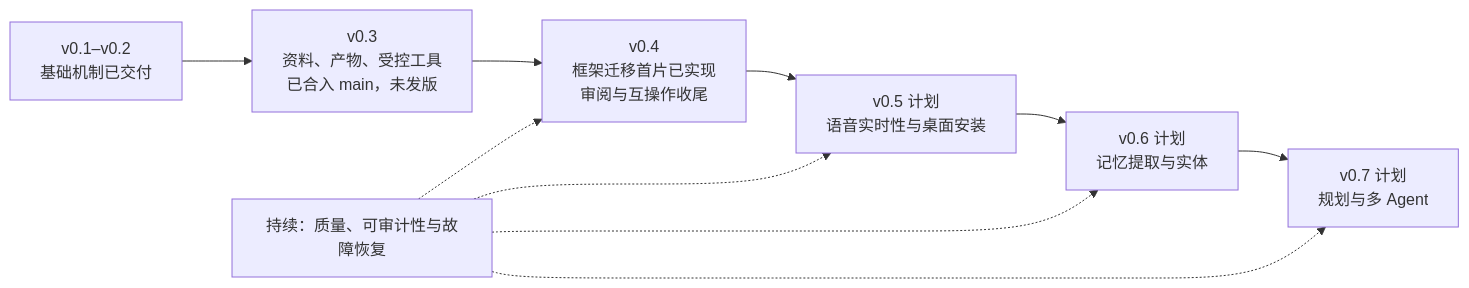
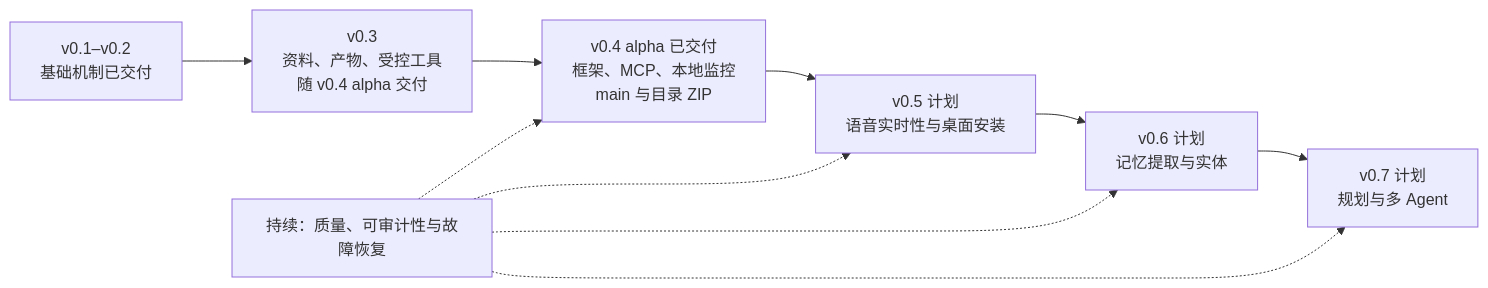
One commit to MuzeAnisichael/GreatSage changed the diagram in docs/roadmap.md. Above: the diagram before and after it, drawn with Mermaid. The commit also changed other lines of this file and 9 other files, not shown here.

````diff
--- a/docs/roadmap.md
+++ b/docs/roadmap.md
@@ -16,12 +16,12 @@
 ```mermaid
 flowchart LR
-    A["v0.1–v0.2<br/>基础机制已交付"] --> B["v0.3<br/>资料、产物、受控工具<br/>已合入 main，未发版"]
-    B --> C["v0.4<br/>框架迁移首片已实现<br/>审阅与互操作收尾"]
+    A["v0.1–v0.2<br/>基础机制已交付"] --> B["v0.3<br/>资料、产物、受控工具<br/>随 v0.4 alpha 交付"]
+    B --> C["v0.4 alpha 已交付<br/>框架、MCP、本地监控<br/>main 与目录 ZIP"]
     C --> D["v0.5 计划<br/>语音实时性与桌面安装"]
     D --> E["v0.6 计划<br/>记忆提取与实体"]
     E --> F["v0.7 计划<br/>规划与多 Agent"]
     R["持续：质量、可审计性与故障恢复"] -.-> C
     R -.-> D
     R -.-> E
     R -.-> F
 ```
````
